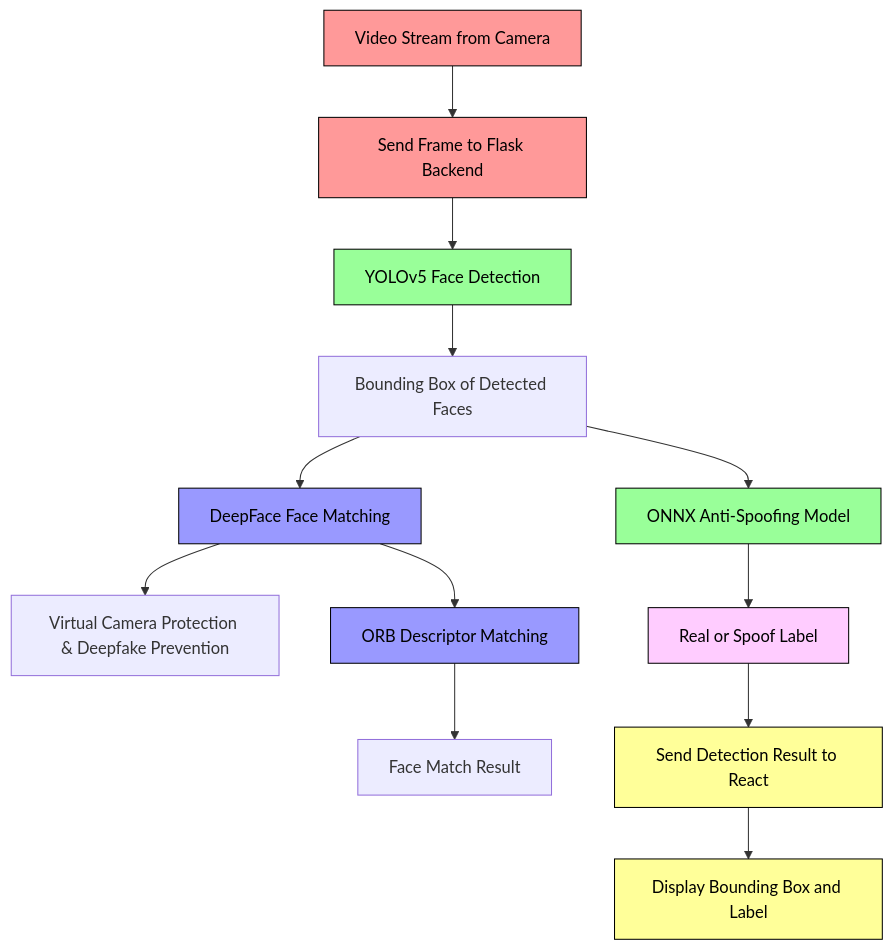
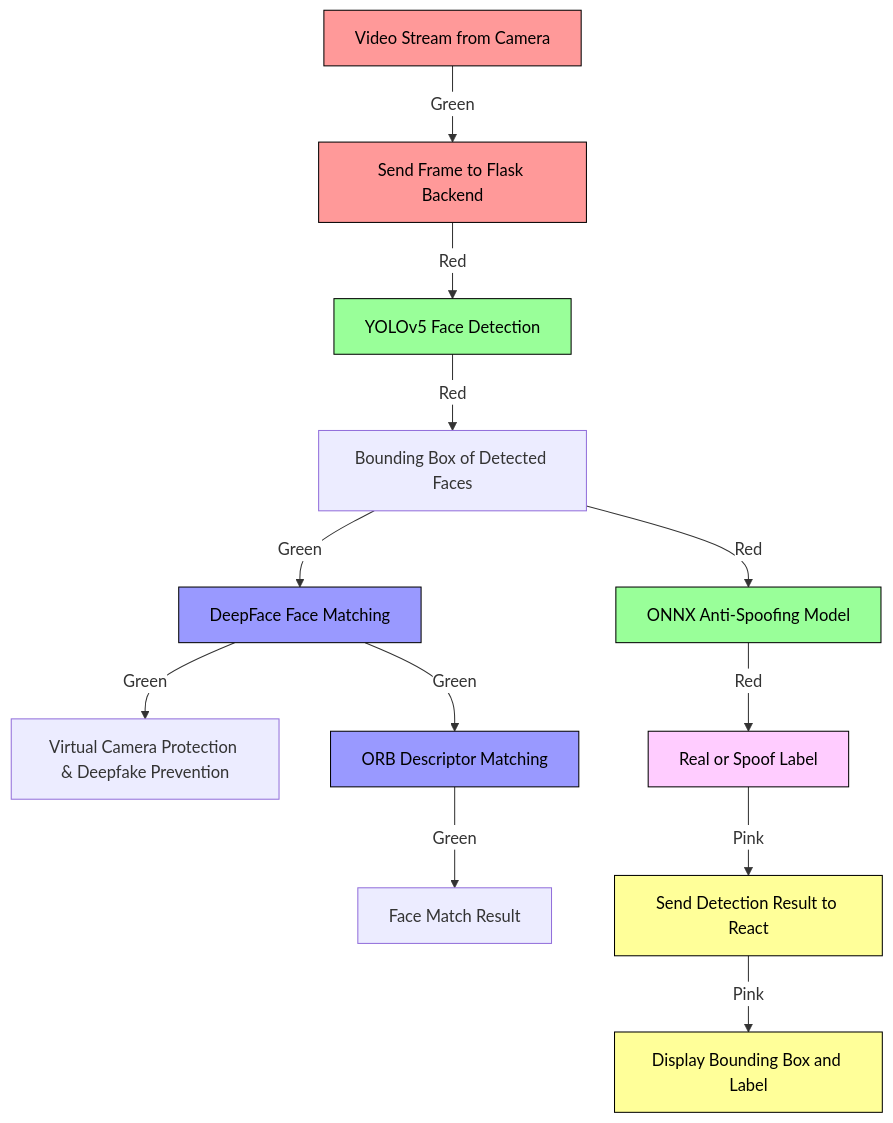
The sixth of 6 diagrams in README.md (Tharun-selladurai/face_liveliness_web_platform), drawn with Mermaid before and after one commit. The commit also changed other lines of this file, not shown here.

````diff
--- a/README.md
+++ b/README.md
@@ -155,29 +127,29 @@
 ```mermaid
 %%{init: {'theme': 'default', 'themeVariables': {'edgeLabelBackground':'#ffffff', 'tertiaryColor':'#ffffff'}}}%%
 graph TD;
-    A[Video Stream from Camera] --> B[Send Frame to Flask Backend]
-    B --> C[YOLOv5 Face Detection]
-    C --> D[Bounding Box of Detected Faces]
-    D --> E[DeepFace Face Matching]
-    E --> F[Virtual Camera Protection & Deepfake Prevention]
-    E --> G[ORB Descriptor Matching]
-    G --> H[Face Match Result]
-    D --> I[ONNX Anti-Spoofing Model]
-    I --> J[Real or Spoof Label]
-    J --> K[Send Detection Result to React]
-    K --> L[Display Bounding Box and Label]
+    A[Video Stream from Camera] -->|Green| B[Send Frame to Flask Backend]
+    B -->|Red| C[YOLOv5 Face Detection]
+    C -->|Red| D[Bounding Box of Detected Faces]
+    D -->|Green| E[DeepFace Face Matching]
+    E -->|Green| F[Virtual Camera Protection & Deepfake Prevention]
+    E -->|Green| G[ORB Descriptor Matching]
+    G -->|Green| H[Face Match Result]
+    D -->|Red| I[ONNX Anti-Spoofing Model]
+    I -->|Red| J[Real or Spoof Label]
+    J -->|Pink| K[Send Detection Result to React]
+    K -->|Pink| L[Display Bounding Box and Label]
     
     %% Define colors
     classDef capture fill:#ff9999,stroke:#000000,color:#000000;
     classDef detect fill:#99ff99,stroke:#000000,color:#000000;
     classDef match fill:#9999ff,stroke:#000000,color:#000000;
     classDef antiSpoof fill:#ffccff,stroke:#000000,color:#000000;
     classDef display fill:#ffff99,stroke:#000000,color:#000000;
     
     %% Assign colors to nodes
     class A,B capture;
     class C,I detect;
     class E,G match;
     class J antiSpoof;
     class K,L display;
 ```
````
